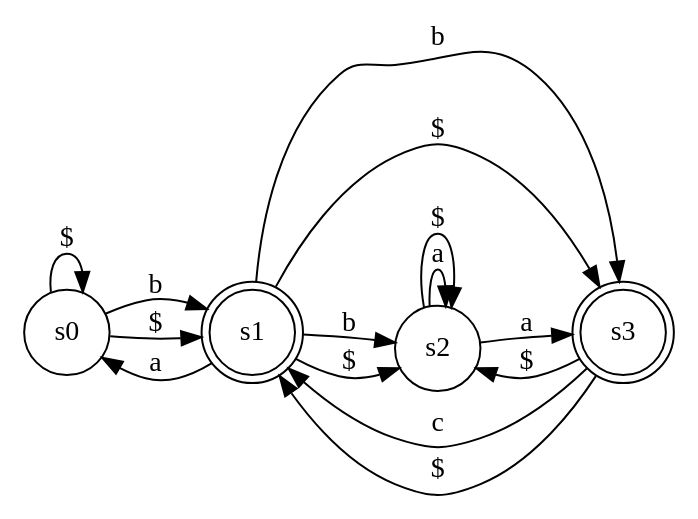
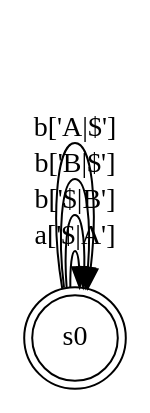
One commit to pgrisales/itc changed the diagram in fsm.gv. Above: the diagram before and after it, drawn with Graphviz. The commit also changed 9 other files, not shown here.

```diff
--- a/fsm.gv
+++ b/fsm.gv
@@ -1,24 +1,13 @@
 digraph finite_state_machine {
 	rankdir=LR size="8,5"
 	node [shape=circle]
+	node [shape=doublecircle]
 	s0
 	node [shape=doublecircle]
 	s0
-	s1
-	s3
 	node [shape=circle]
-	s0 -> s1 [label=b]
-	s0 -> s0 [label="$"]
-	s0 -> s1 [label="$"]
-	s1 -> s0 [label=a]
-	s1 -> s2 [label=b]
-	s1 -> s3 [label=b]
-	s1 -> s2 [label="$"]
-	s1 -> s3 [label="$"]
-	s2 -> s2 [label=a]
-	s2 -> s3 [label=a]
-	s2 -> s2 [label="$"]
-	s3 -> s1 [label=c]
-	s3 -> s1 [label="$"]
-	s3 -> s2 [label="$"]
+	s0 -> s0 [label="a['$|A']"]
+	s0 -> s0 [label="b['$|B']"]
+	s0 -> s0 [label="b['B|$']"]
+	s0 -> s0 [label="b['A|$']"]
 }
```
